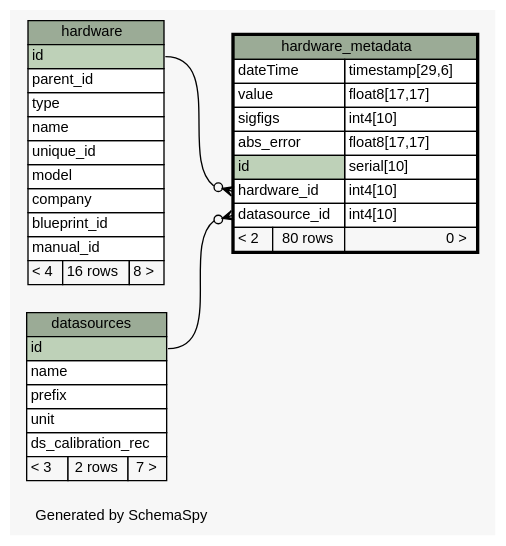
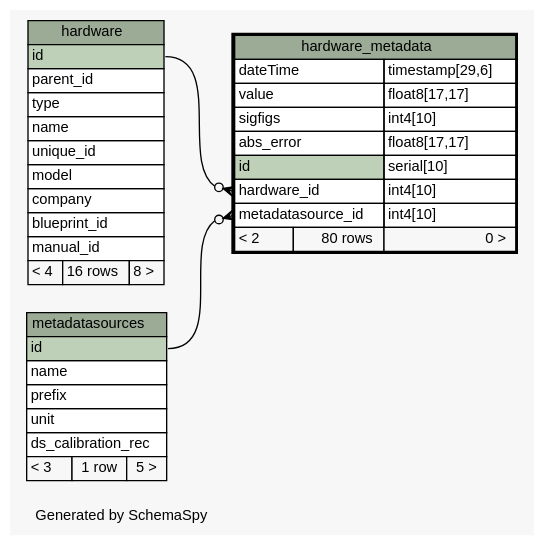
The diagram in database/ss/diagrams/hardware_metadata.1degree.dot (tgbugs/mlab), drawn with Graphviz before and after one commit. The commit also changed 185 other files, not shown here.

```diff
--- a/database/ss/diagrams/hardware_metadata.1degree.dot
+++ b/database/ss/diagrams/hardware_metadata.1degree.dot
@@ -1,72 +1,72 @@
 // dot 2.34.0 on Windows 7 6.1
 // SchemaSpy rev 590
 digraph "oneDegreeRelationshipsDiagram" {
   graph [
     rankdir="RL"
     bgcolor="#f7f7f7"
     label="\nGenerated by SchemaSpy"
     labeljust="l"
     nodesep="0.18"
     ranksep="0.46"
     fontname="Helvetica"
     fontsize="11"
   ];
   node [
     fontname="Helvetica"
     fontsize="11"
     shape="plaintext"
   ];
   edge [
     arrowsize="0.8"
   ];
-  "hardware_metadata":"datasource_id":w -> "datasources":"id":e [arrowhead=none dir=back arrowtail=crowodot];
   "hardware_metadata":"hardware_id":w -> "hardware":"id":e [arrowhead=none dir=back arrowtail=crowodot];
-  "datasources" [
-    label=<
-    <TABLE BORDER="0" CELLBORDER="1" CELLSPACING="0" BGCOLOR="#ffffff">
-      <TR><TD COLSPAN="3" BGCOLOR="#9bab96" ALIGN="CENTER">datasources</TD></TR>
-      <TR><TD PORT="id" COLSPAN="3" BGCOLOR="#bed1b8" ALIGN="LEFT">id</TD></TR>
-      <TR><TD PORT="name" COLSPAN="3" ALIGN="LEFT">name</TD></TR>
-      <TR><TD PORT="prefix" COLSPAN="3" ALIGN="LEFT">prefix</TD></TR>
-      <TR><TD PORT="unit" COLSPAN="3" ALIGN="LEFT">unit</TD></TR>
-      <TR><TD PORT="ds_calibration_rec" COLSPAN="3" ALIGN="LEFT">ds_calibration_rec</TD></TR>
-      <TR><TD ALIGN="LEFT" BGCOLOR="#f7f7f7">&lt; 3</TD><TD ALIGN="RIGHT" BGCOLOR="#f7f7f7">2 rows</TD><TD ALIGN="RIGHT" BGCOLOR="#f7f7f7">7 &gt;</TD></TR>
-    </TABLE>>
-    URL="datasources.html"
-    tooltip="datasources"
-  ];
+  "hardware_metadata":"metadatasource_id":w -> "metadatasources":"id":e [arrowhead=none dir=back arrowtail=crowodot];
   "hardware" [
     label=<
     <TABLE BORDER="0" CELLBORDER="1" CELLSPACING="0" BGCOLOR="#ffffff">
       <TR><TD COLSPAN="3" BGCOLOR="#9bab96" ALIGN="CENTER">hardware</TD></TR>
       <TR><TD PORT="id" COLSPAN="3" BGCOLOR="#bed1b8" ALIGN="LEFT">id</TD></TR>
       <TR><TD PORT="parent_id" COLSPAN="3" ALIGN="LEFT">parent_id</TD></TR>
       <TR><TD PORT="type" COLSPAN="3" ALIGN="LEFT">type</TD></TR>
       <TR><TD PORT="name" COLSPAN="3" ALIGN="LEFT">name</TD></TR>
       <TR><TD PORT="unique_id" COLSPAN="3" ALIGN="LEFT">unique_id</TD></TR>
       <TR><TD PORT="model" COLSPAN="3" ALIGN="LEFT">model</TD></TR>
       <TR><TD PORT="company" COLSPAN="3" ALIGN="LEFT">company</TD></TR>
       <TR><TD PORT="blueprint_id" COLSPAN="3" ALIGN="LEFT">blueprint_id</TD></TR>
       <TR><TD PORT="manual_id" COLSPAN="3" ALIGN="LEFT">manual_id</TD></TR>
       <TR><TD ALIGN="LEFT" BGCOLOR="#f7f7f7">&lt; 4</TD><TD ALIGN="RIGHT" BGCOLOR="#f7f7f7">16 rows</TD><TD ALIGN="RIGHT" BGCOLOR="#f7f7f7">8 &gt;</TD></TR>
     </TABLE>>
     URL="hardware.html"
     tooltip="hardware"
   ];
   "hardware_metadata" [
     label=<
     <TABLE BORDER="2" CELLBORDER="1" CELLSPACING="0" BGCOLOR="#ffffff">
       <TR><TD COLSPAN="3" BGCOLOR="#9bab96" ALIGN="CENTER">hardware_metadata</TD></TR>
       <TR><TD PORT="dateTime" COLSPAN="2" ALIGN="LEFT">dateTime</TD><TD PORT="dateTime.type" ALIGN="LEFT">timestamp[29,6]</TD></TR>
       <TR><TD PORT="value" COLSPAN="2" ALIGN="LEFT">value</TD><TD PORT="value.type" ALIGN="LEFT">float8[17,17]</TD></TR>
       <TR><TD PORT="sigfigs" COLSPAN="2" ALIGN="LEFT">sigfigs</TD><TD PORT="sigfigs.type" ALIGN="LEFT">int4[10]</TD></TR>
       <TR><TD PORT="abs_error" COLSPAN="2" ALIGN="LEFT">abs_error</TD><TD PORT="abs_error.type" ALIGN="LEFT">float8[17,17]</TD></TR>
       <TR><TD PORT="id" COLSPAN="2" BGCOLOR="#bed1b8" ALIGN="LEFT">id</TD><TD PORT="id.type" ALIGN="LEFT">serial[10]</TD></TR>
       <TR><TD PORT="hardware_id" COLSPAN="2" ALIGN="LEFT">hardware_id</TD><TD PORT="hardware_id.type" ALIGN="LEFT">int4[10]</TD></TR>
-      <TR><TD PORT="datasource_id" COLSPAN="2" ALIGN="LEFT">datasource_id</TD><TD PORT="datasource_id.type" ALIGN="LEFT">int4[10]</TD></TR>
+      <TR><TD PORT="metadatasource_id" COLSPAN="2" ALIGN="LEFT">metadatasource_id</TD><TD PORT="metadatasource_id.type" ALIGN="LEFT">int4[10]</TD></TR>
       <TR><TD ALIGN="LEFT" BGCOLOR="#f7f7f7">&lt; 2</TD><TD ALIGN="RIGHT" BGCOLOR="#f7f7f7">80 rows</TD><TD ALIGN="RIGHT" BGCOLOR="#f7f7f7">0 &gt;</TD></TR>
     </TABLE>>
     URL="hardware_metadata.html"
     tooltip="hardware_metadata"
   ];
+  "metadatasources" [
+    label=<
+    <TABLE BORDER="0" CELLBORDER="1" CELLSPACING="0" BGCOLOR="#ffffff">
+      <TR><TD COLSPAN="3" BGCOLOR="#9bab96" ALIGN="CENTER">metadatasources</TD></TR>
+      <TR><TD PORT="id" COLSPAN="3" BGCOLOR="#bed1b8" ALIGN="LEFT">id</TD></TR>
+      <TR><TD PORT="name" COLSPAN="3" ALIGN="LEFT">name</TD></TR>
+      <TR><TD PORT="prefix" COLSPAN="3" ALIGN="LEFT">prefix</TD></TR>
+      <TR><TD PORT="unit" COLSPAN="3" ALIGN="LEFT">unit</TD></TR>
+      <TR><TD PORT="ds_calibration_rec" COLSPAN="3" ALIGN="LEFT">ds_calibration_rec</TD></TR>
+      <TR><TD ALIGN="LEFT" BGCOLOR="#f7f7f7">&lt; 3</TD><TD ALIGN="RIGHT" BGCOLOR="#f7f7f7">1 row</TD><TD ALIGN="RIGHT" BGCOLOR="#f7f7f7">5 &gt;</TD></TR>
+    </TABLE>>
+    URL="metadatasources.html"
+    tooltip="metadatasources"
+  ];
 }
```
